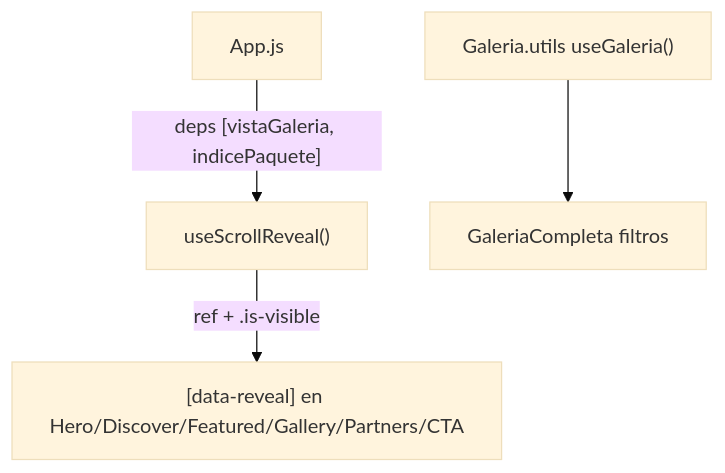
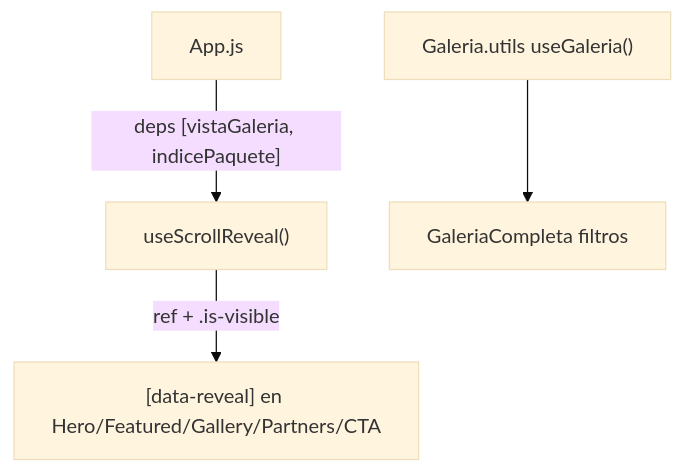
One commit to damianjose592/proyecto_manaure_vive changed the seventh of 10 diagrams in MEMORIA.md. Above: the diagram before and after it, drawn with Mermaid (base theme). The commit also changed other lines of this file and 39 other files, not shown here.

````diff
--- a/MEMORIA.md
+++ b/MEMORIA.md
@@ -493,6 +495,6 @@
 ```mermaid
 flowchart TD
   APP2["App.js"] -- "deps [vistaGaleria, indicePaquete]" --> SR2["useScrollReveal()"]
-  SR2 -- "ref + .is-visible" --> DOM["[data-reveal] en Hero/Discover/Featured/Gallery/Partners/CTA"]
+  SR2 -- "ref + .is-visible" --> DOM["[data-reveal] en Hero/Featured/Gallery/Partners/CTA"]
   G2["Galeria.utils useGaleria()"] --> GC2["GaleriaCompleta filtros"]
 ```
````
